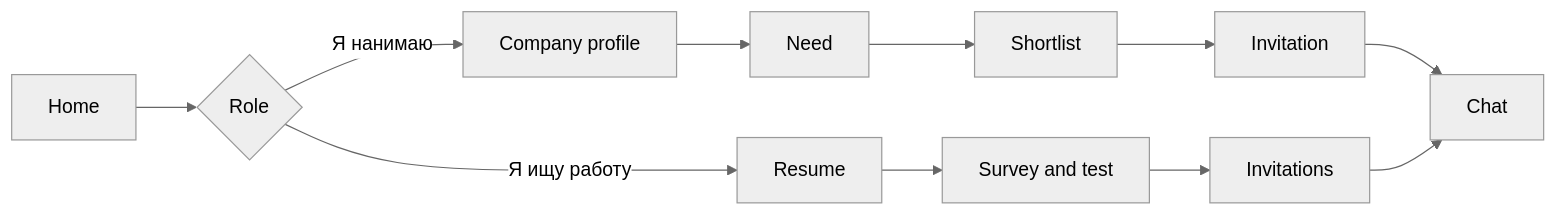
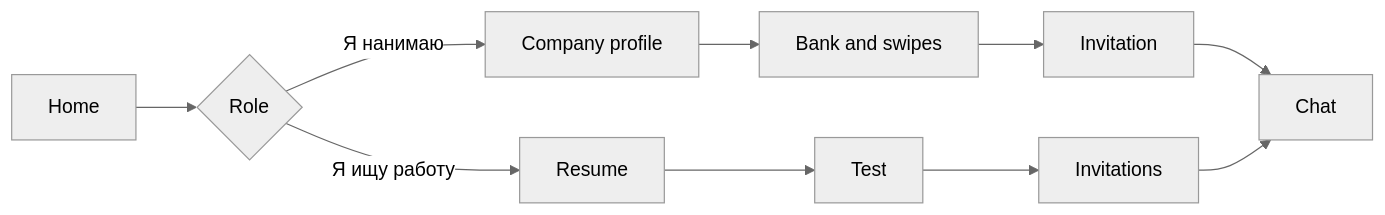
One commit to Re-Hub-TUSUR/LCT_FSP changed the diagram in docs-zensical/docs/en/product/overview.md. Above: the diagram before and after it, drawn with Mermaid (neutral theme). The commit also changed other lines of this file and 67 other files, not shown here.

````diff
--- a/docs-zensical/docs/en/product/overview.md
+++ b/docs-zensical/docs/en/product/overview.md
@@ -39,13 +39,12 @@
 ```mermaid
 flowchart LR
   landing["Home"] --> role{"Role"}
   role -->|"Я ищу работу"| resume["Resume"]
-  resume --> test["Survey and test"]
+  resume --> test["Test"]
   test --> invites["Invitations"]
   role -->|"Я нанимаю"| company["Company profile"]
-  company --> need["Need"]
-  need --> shortlist["Shortlist"]
-  shortlist --> offer["Invitation"]
+  company --> bank["Bank and swipes"]
+  bank --> offer["Invitation"]
   offer --> chat["Chat"]
   invites --> chat
 ```
````
